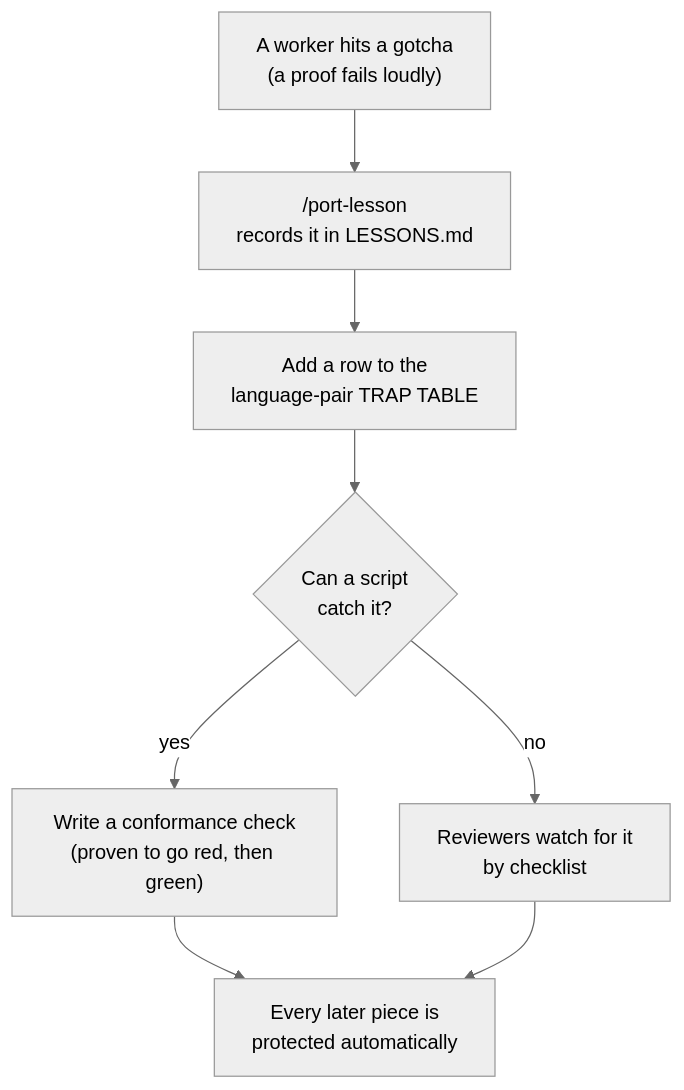
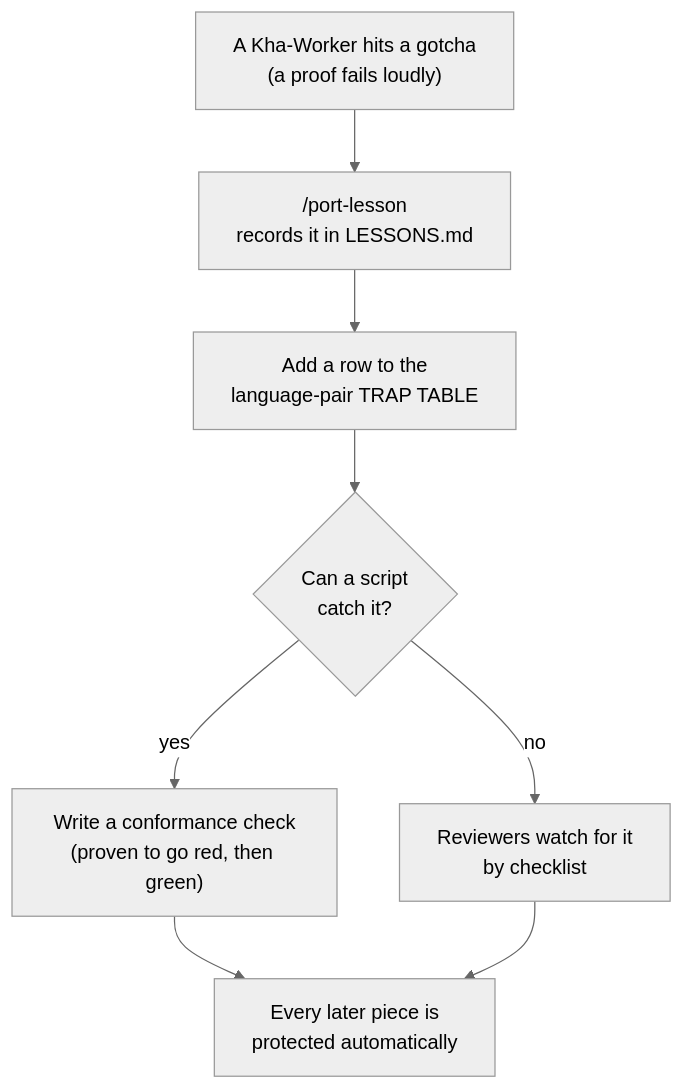
One commit to ecmwf/chisel changed the fourth of 6 diagrams in methodology.md. Above: the diagram before and after it, drawn with Mermaid (neutral theme). The commit also changed other lines of this file and 2 other files, not shown here.

````diff
--- a/methodology.md
+++ b/methodology.md
@@ -217,10 +217,10 @@
 ```mermaid
 flowchart TD
-  BUG["A worker hits a gotcha<br/>(a proof fails loudly)"] --> L["/port-lesson<br/>records it in LESSONS.md"]
+  BUG["A Kha-Worker hits a gotcha<br/>(a proof fails loudly)"] --> L["/port-lesson<br/>records it in LESSONS.md"]
   L --> T["Add a row to the<br/>language-pair TRAP TABLE"]
   T --> C{"Can a script<br/>catch it?"}
   C -- yes --> CHK["Write a conformance check<br/>(proven to go red, then green)"]
   C -- no --> RV["Reviewers watch for it<br/>by checklist"]
   CHK --> NEXT["Every later piece is<br/>protected automatically"]
   RV --> NEXT
 ```
````
